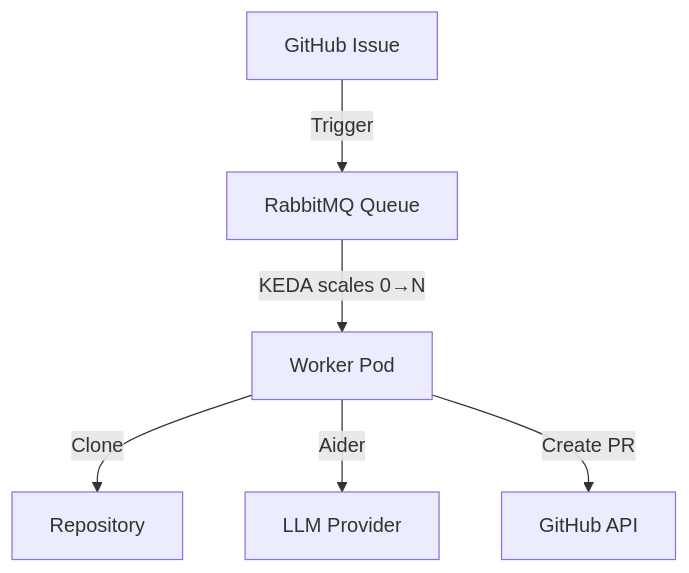
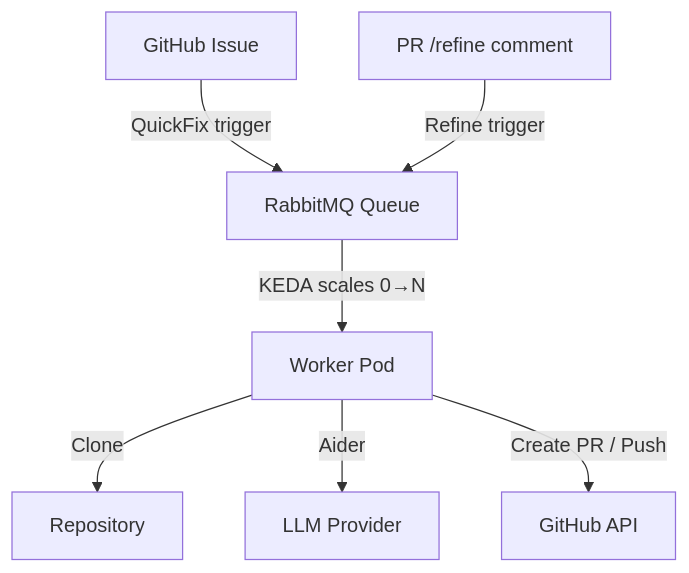
The diagram in README.md (JuanmaBM/ai-coding-agent), drawn with Mermaid before and after one commit. The commit also changed other lines of this file and 2 other files, not shown here.

Commit message:
docs: add refine documentation

````diff
--- a/README.md
+++ b/README.md
@@ -40,8 +50,9 @@
 ```mermaid
 graph TD
-    A[GitHub Issue] -->|Trigger| B[RabbitMQ Queue]
+    A[GitHub Issue] -->|QuickFix trigger| B[RabbitMQ Queue]
+    G[PR /refine comment] -->|Refine trigger| B
     B -->|KEDA scales 0→N| C[Worker Pod]
     C -->|Clone| D[Repository]
     C -->|Aider| E[LLM Provider]
-    C -->|Create PR| F[GitHub API]
+    C -->|Create PR / Push| F[GitHub API]
 ```
````
